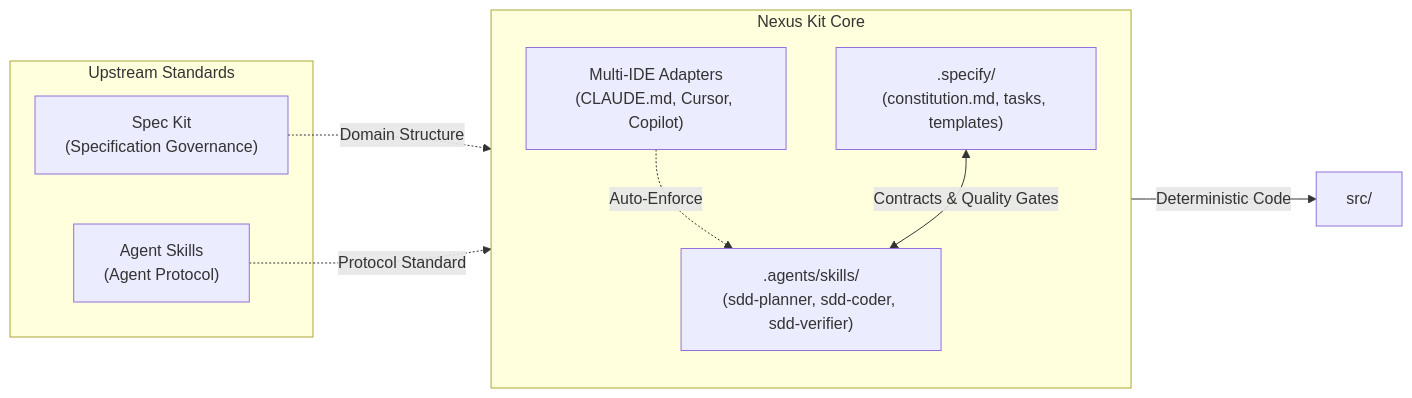
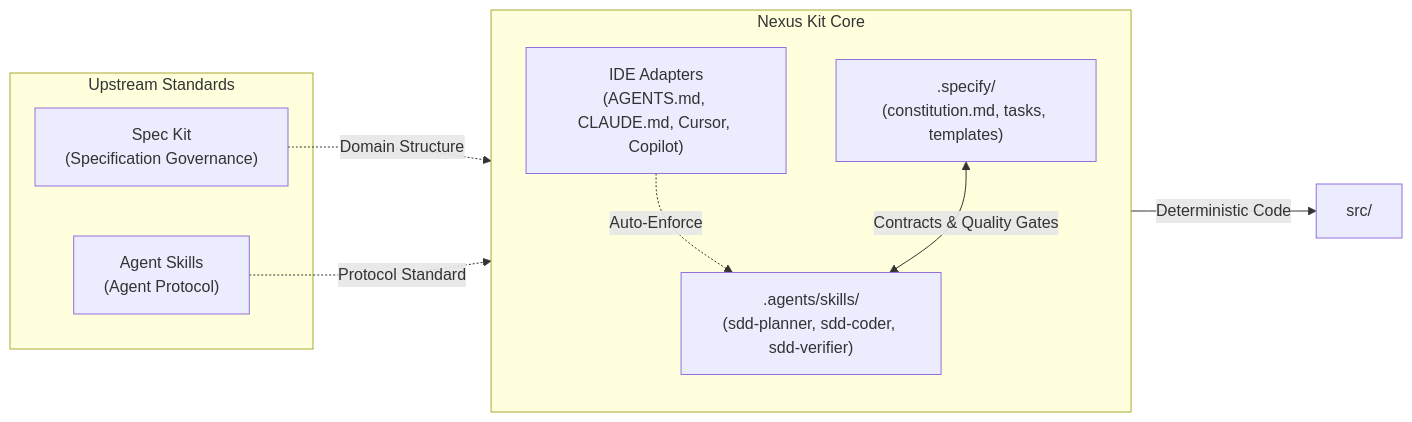
The diagram in README.md (TranHuuQuyet/nexus-kit), drawn with Mermaid before and after one commit. The commit also changed other lines of this file and 10 other files, not shown here.

````diff
--- a/README.md
+++ b/README.md
@@ -33,21 +33,21 @@
 ```mermaid
 flowchart LR
     subgraph Upstream["Upstream Standards"]
         SK["Spec Kit\n(Specification Governance)"]
         AS["Agent Skills\n(Agent Protocol)"]
     end
 
     subgraph NexusKit["Nexus Kit Core"]
         direction TB
         SpecDir[".specify/\n(constitution.md, tasks, templates)"]
         SkillsDir[".agents/skills/\n(sdd-planner, sdd-coder, sdd-verifier)"]
-        Adapters["Multi-IDE Adapters\n(CLAUDE.md, Cursor, Copilot)"]
+        Adapters["IDE Adapters\n(AGENTS.md, CLAUDE.md, Cursor, Copilot)"]
     end
 
     SK -. "Domain Structure" .-> SpecDir
     AS -. "Protocol Standard" .-> SkillsDir
     Adapters -. "Auto-Enforce" .-> SkillsDir
 
     SpecDir <-->|"Contracts & Quality Gates"| SkillsDir
     SkillsDir -->|"Deterministic Code"| Src["src/"]
 ```
````
